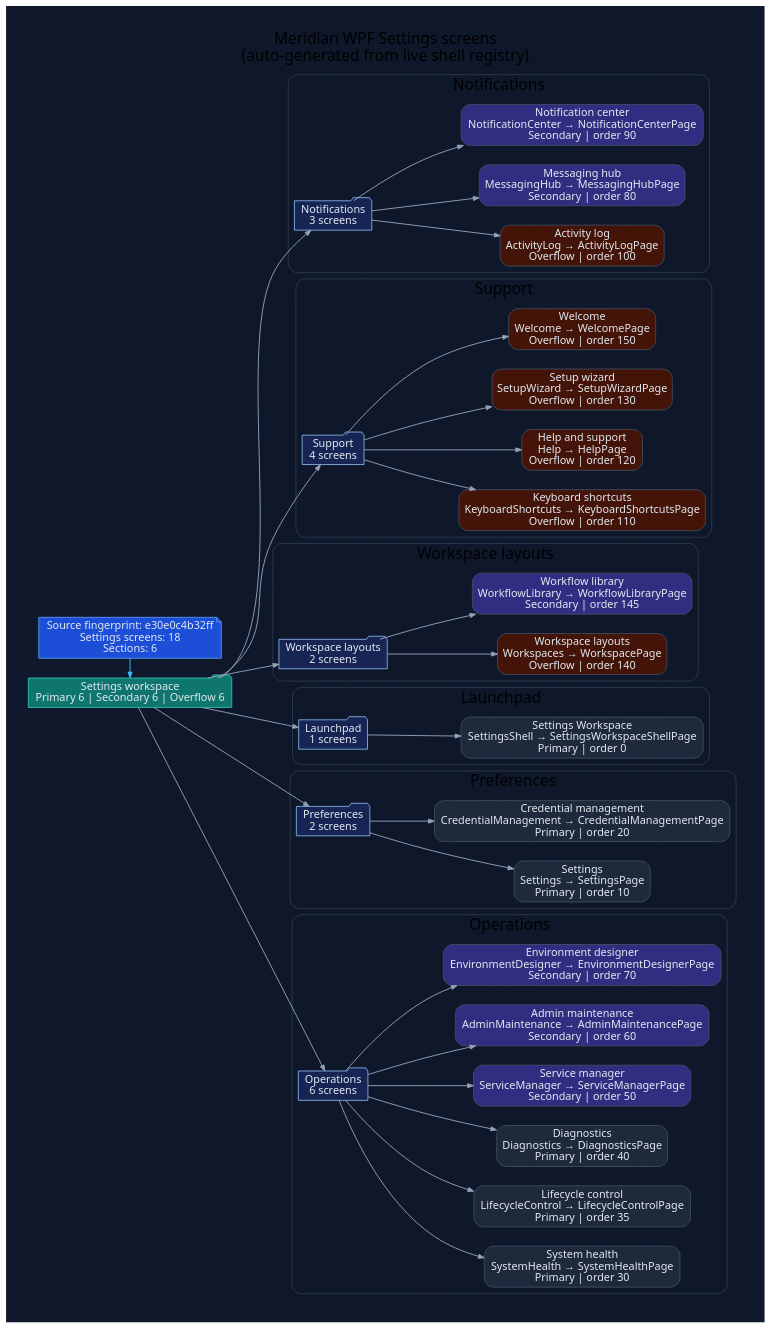
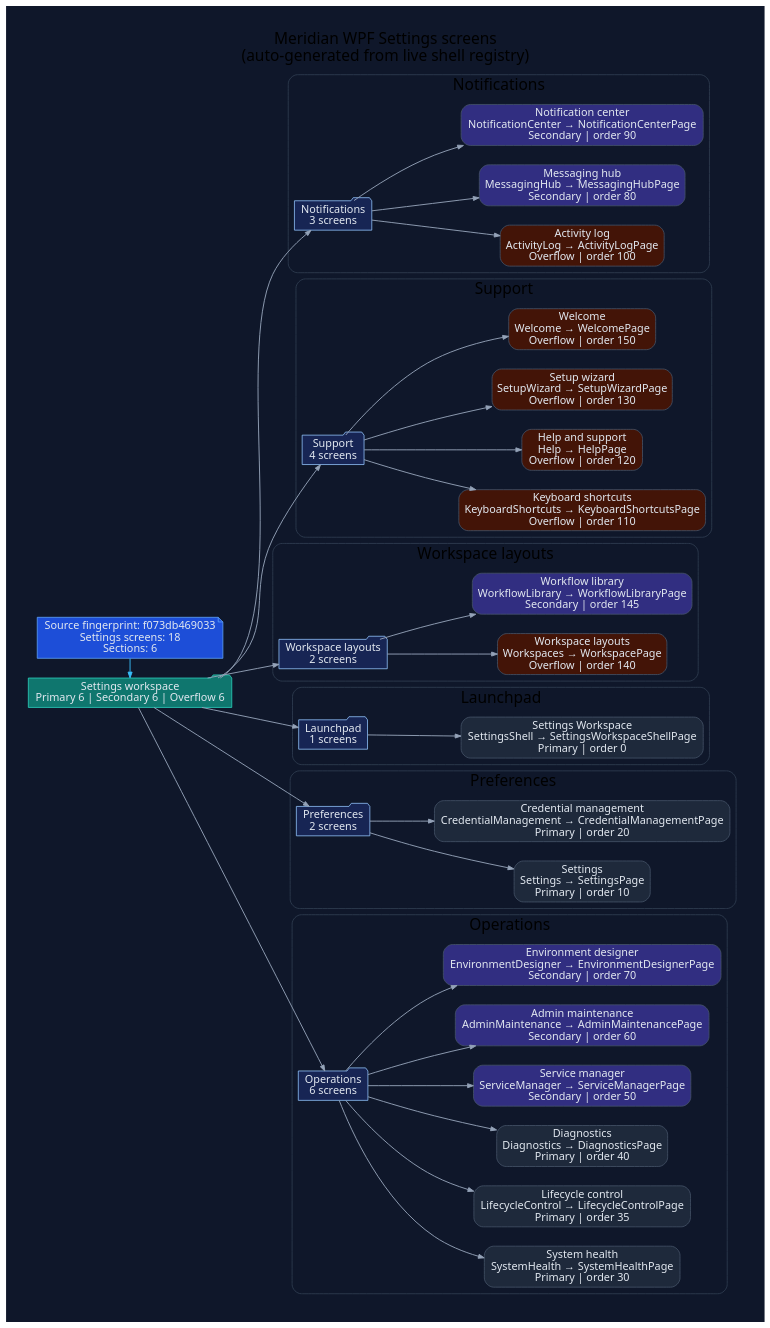
The diagram in docs/diagrams/ui/ui-wpf-screens-settings.dot (rodoHasArrived/Meridian-main), drawn with Graphviz before and after one commit. The commit also changed 45 other files, not shown here.

First line of the commit message:
Regenerate WPF diagrams and screen tracker for the review fixes

```diff
--- a/docs/diagrams/ui/ui-wpf-screens-settings.dot
+++ b/docs/diagrams/ui/ui-wpf-screens-settings.dot
@@ -1,110 +1,110 @@
 // -----------------------------------------------------------------------------
 // <auto-generated>
 // Generated by scripts/generate-diagrams.mjs.
 // Do not edit this file directly; update the WPF source files instead.
 // -----------------------------------------------------------------------------
 digraph WpfSettingsScreens {
   graph [
     rankdir=LR,
     labelloc=t,
     label="Meridian WPF Settings screens\n(auto-generated from live shell registry)",
     fontname="Segoe UI",
     fontsize=20,
     pad=0.4,
     nodesep=0.35,
     ranksep=0.85,
     bgcolor="#0f172a"
   ];
   node [fontname="Segoe UI", shape=box, style="rounded,filled", color="#475569", fontcolor="#e2e8f0", fillcolor="#1e293b"];
   edge [fontname="Segoe UI", color="#94a3b8", penwidth=1.2, arrowsize=0.75];
 
-  generated [shape=note, fillcolor="#1d4ed8", color="#60a5fa", label="Source fingerprint: e30e0c4b32ff\nSettings screens: 18\nSections: 6"];
+  generated [shape=note, fillcolor="#1d4ed8", color="#60a5fa", label="Source fingerprint: f073db469033\nSettings screens: 18\nSections: 6"];
   workspace [shape=folder, fillcolor="#0f766e", color="#2dd4bf", label="Settings workspace\nPrimary 6 | Secondary 6 | Overflow 6"];
   generated -> workspace [color="#38bdf8"];
 
   subgraph cluster_section_1 {
     label="Notifications";
     color="#334155";
     style="rounded";
     section_1 [shape=folder, fillcolor="#172554", color="#93c5fd", label="Notifications\n3 screens"];
     workspace -> section_1;
     screen_ActivityLog [fillcolor="#431407", label="Activity log\nActivityLog → ActivityLogPage\nOverflow | order 100"];
     section_1 -> screen_ActivityLog;
     screen_MessagingHub [fillcolor="#312e81", label="Messaging hub\nMessagingHub → MessagingHubPage\nSecondary | order 80"];
     section_1 -> screen_MessagingHub;
     screen_NotificationCenter [fillcolor="#312e81", label="Notification center\nNotificationCenter → NotificationCenterPage\nSecondary | order 90"];
     section_1 -> screen_NotificationCenter;
   }
 
   subgraph cluster_section_2 {
     label="Support";
     color="#334155";
     style="rounded";
     section_2 [shape=folder, fillcolor="#172554", color="#93c5fd", label="Support\n4 screens"];
     workspace -> section_2;
     screen_KeyboardShortcuts [fillcolor="#431407", label="Keyboard shortcuts\nKeyboardShortcuts → KeyboardShortcutsPage\nOverflow | order 110"];
     section_2 -> screen_KeyboardShortcuts;
     screen_Help [fillcolor="#431407", label="Help and support\nHelp → HelpPage\nOverflow | order 120"];
     section_2 -> screen_Help;
     screen_SetupWizard [fillcolor="#431407", label="Setup wizard\nSetupWizard → SetupWizardPage\nOverflow | order 130"];
     section_2 -> screen_SetupWizard;
     screen_Welcome [fillcolor="#431407", label="Welcome\nWelcome → WelcomePage\nOverflow | order 150"];
     section_2 -> screen_Welcome;
   }
 
   subgraph cluster_section_3 {
     label="Workspace layouts";
     color="#334155";
     style="rounded";
     section_3 [shape=folder, fillcolor="#172554", color="#93c5fd", label="Workspace layouts\n2 screens"];
     workspace -> section_3;
     screen_Workspaces [fillcolor="#431407", label="Workspace layouts\nWorkspaces → WorkspacePage\nOverflow | order 140"];
     section_3 -> screen_Workspaces;
     screen_WorkflowLibrary [fillcolor="#312e81", label="Workflow library\nWorkflowLibrary → WorkflowLibraryPage\nSecondary | order 145"];
     section_3 -> screen_WorkflowLibrary;
   }
 
   subgraph cluster_section_4 {
     label="Launchpad";
     color="#334155";
     style="rounded";
     section_4 [shape=folder, fillcolor="#172554", color="#93c5fd", label="Launchpad\n1 screens"];
     workspace -> section_4;
     screen_SettingsShell [fillcolor="#1e293b", label="Settings Workspace\nSettingsShell → SettingsWorkspaceShellPage\nPrimary | order 0"];
     section_4 -> screen_SettingsShell;
   }
 
   subgraph cluster_section_5 {
     label="Preferences";
     color="#334155";
     style="rounded";
     section_5 [shape=folder, fillcolor="#172554", color="#93c5fd", label="Preferences\n2 screens"];
     workspace -> section_5;
     screen_Settings [fillcolor="#1e293b", label="Settings\nSettings → SettingsPage\nPrimary | order 10"];
     section_5 -> screen_Settings;
     screen_CredentialManagement [fillcolor="#1e293b", label="Credential management\nCredentialManagement → CredentialManagementPage\nPrimary | order 20"];
     section_5 -> screen_CredentialManagement;
   }
 
   subgraph cluster_section_6 {
     label="Operations";
     color="#334155";
     style="rounded";
     section_6 [shape=folder, fillcolor="#172554", color="#93c5fd", label="Operations\n6 screens"];
     workspace -> section_6;
     screen_SystemHealth [fillcolor="#1e293b", label="System health\nSystemHealth → SystemHealthPage\nPrimary | order 30"];
     section_6 -> screen_SystemHealth;
     screen_LifecycleControl [fillcolor="#1e293b", label="Lifecycle control\nLifecycleControl → LifecycleControlPage\nPrimary | order 35"];
     section_6 -> screen_LifecycleControl;
     screen_Diagnostics [fillcolor="#1e293b", label="Diagnostics\nDiagnostics → DiagnosticsPage\nPrimary | order 40"];
     section_6 -> screen_Diagnostics;
     screen_ServiceManager [fillcolor="#312e81", label="Service manager\nServiceManager → ServiceManagerPage\nSecondary | order 50"];
     section_6 -> screen_ServiceManager;
     screen_AdminMaintenance [fillcolor="#312e81", label="Admin maintenance\nAdminMaintenance → AdminMaintenancePage\nSecondary | order 60"];
     section_6 -> screen_AdminMaintenance;
     screen_EnvironmentDesigner [fillcolor="#312e81", label="Environment designer\nEnvironmentDesigner → EnvironmentDesignerPage\nSecondary | order 70"];
     section_6 -> screen_EnvironmentDesigner;
   }
 
   { rank=min; generated; workspace; }
 }
```
